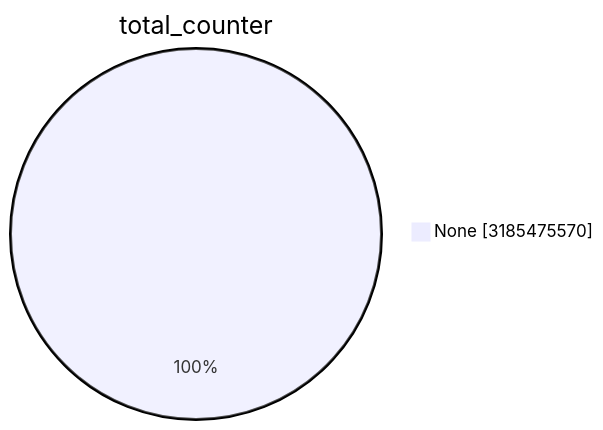
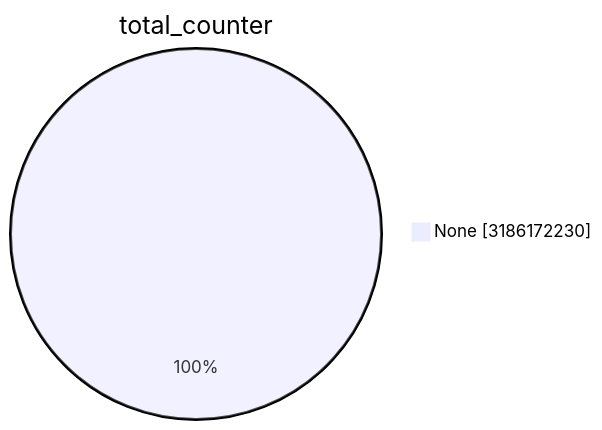
Before and after one commit to christiankrug/ctmonitor_visualization: the first of 15 diagrams in TOTAL/README.md, drawn with Mermaid. The commit also changed other lines of this file, not shown here.

````diff
--- a/TOTAL/README.md
+++ b/TOTAL/README.md
@@ -1,5 +1,5 @@
 ```mermaid
 pie showData
 title total_counter
-"None" :3185475570
+"None" :3186172230
 ```
````
